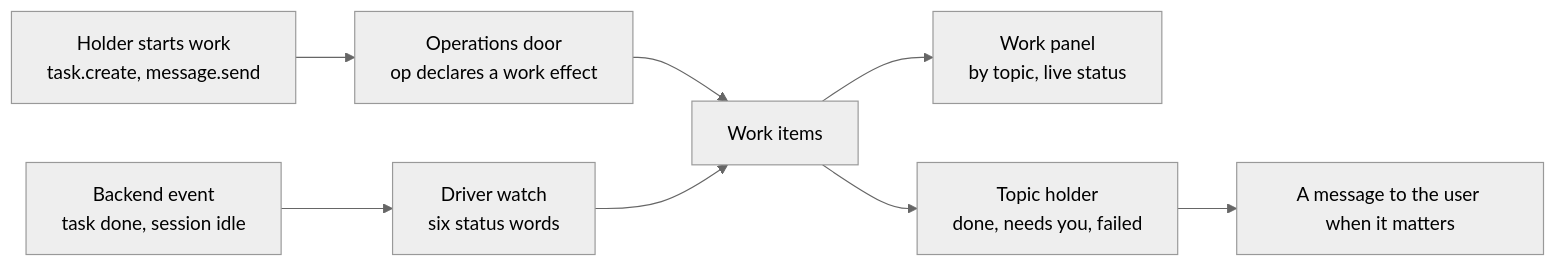
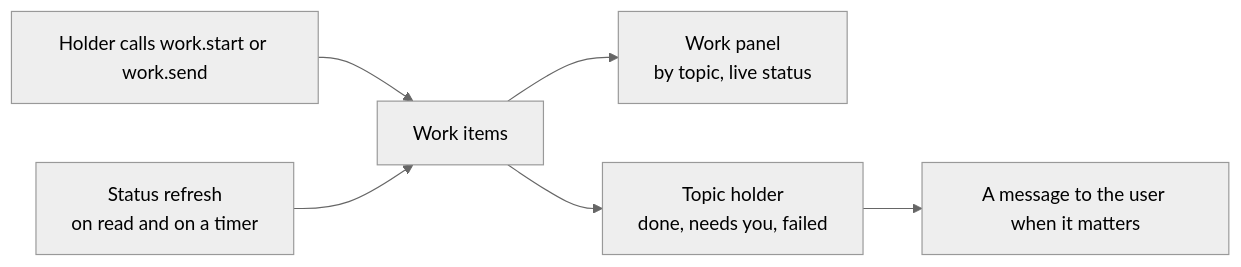
The tenth of 11 diagrams in docs/architecture/neo-driver-model.md (lsm/HyperNeo), drawn with Mermaid (neutral theme) before and after one commit. The commit also changed other lines of this file, not shown here.

First line of the commit message:
docs: revise the Neo driver model around swappable adapters

````diff
--- a/docs/architecture/neo-driver-model.md
+++ b/docs/architecture/neo-driver-model.md
@@ -320,10 +405,8 @@
 ```mermaid
 flowchart LR
-  HS["Holder starts work<br/>task.create, message.send"] --> Door["Operations door<br/>op declares a work effect"]
-  Door --> W["Work items"]
+  HS["Holder calls work.start or work.send"] --> W["Work items"]
   W --> Panel["Work panel<br/>by topic, live status"]
-  Ev["Backend event<br/>task done, session idle"] --> Watch["Driver watch<br/>six status words"]
-  Watch --> W
+  R["Status refresh<br/>on read and on a timer"] --> W
   W --> Hold["Topic holder<br/>done, needs you, failed"]
   Hold --> You["A message to the user when it matters"]
 ```
````
